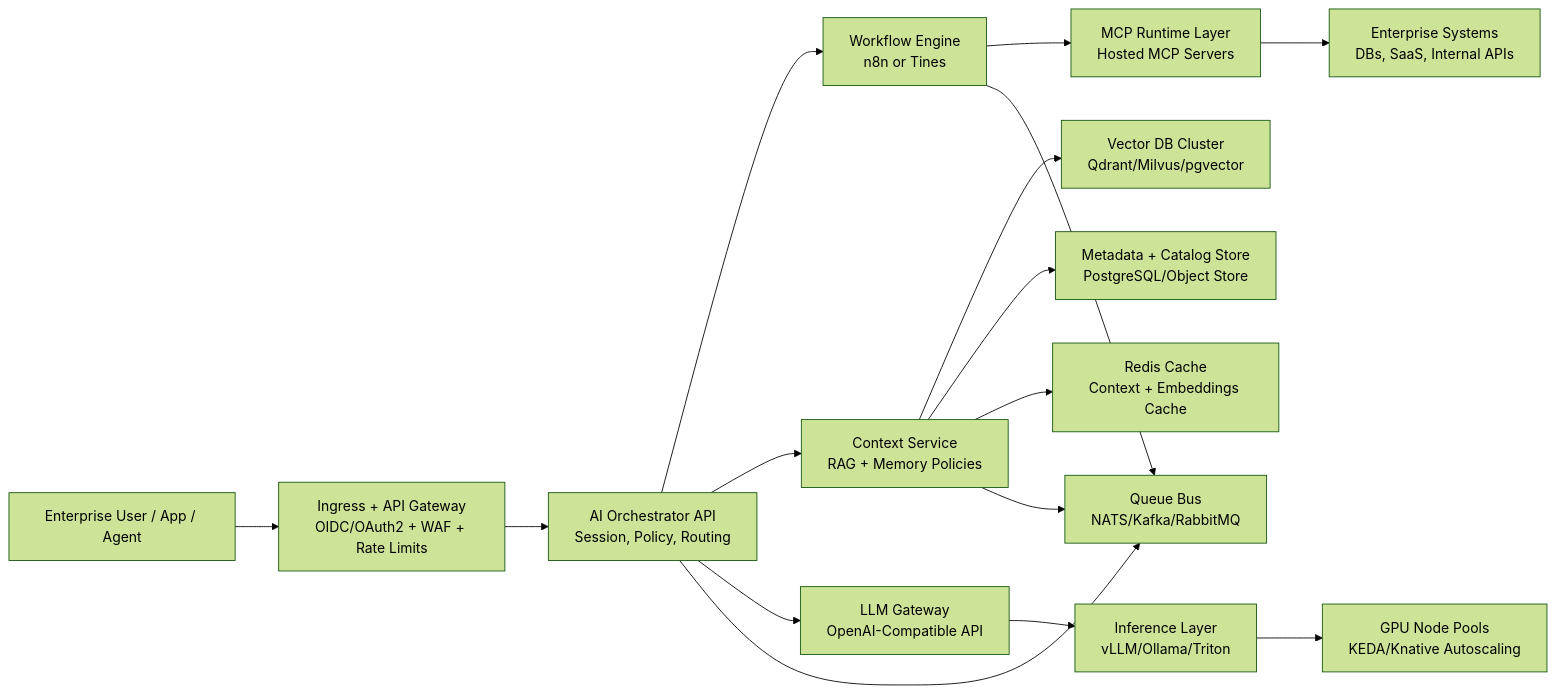
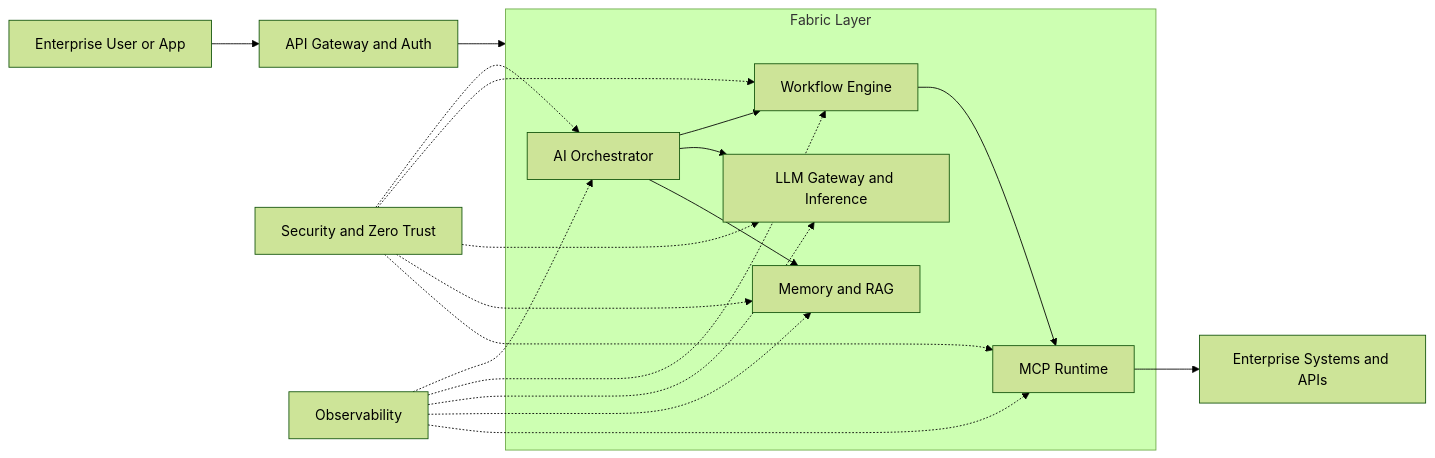
One commit to diaryfolio/aiops-fabric changed the diagram in docs/design/high-level/10-overall/02-runtime-topology-flow.md. Above: the diagram before and after it, drawn with Mermaid (forest theme). The commit also changed 10 other files, not shown here.

````diff
--- a/docs/design/high-level/10-overall/02-runtime-topology-flow.md
+++ b/docs/design/high-level/10-overall/02-runtime-topology-flow.md
@@ -5,23 +5,31 @@
 ```mermaid
 flowchart LR
-    U[Enterprise User / App / Agent] --> IGW[Ingress + API Gateway\nOIDC/OAuth2 + WAF + Rate Limits]
-    IGW --> ORCH[AI Orchestrator API\nSession, Policy, Routing]
+    U[Enterprise User or App] --> G[API Gateway and Auth]
+    G --> F
 
-    ORCH --> WF[Workflow Engine\nn8n or Tines]
-    ORCH --> MEM[Context Service\nRAG + Memory Policies]
-    ORCH --> LLMGW[LLM Gateway\nOpenAI-Compatible API]
+    subgraph F[Fabric Layer]
+        O[AI Orchestrator]
+        W[Workflow Engine]
+        L[LLM Gateway and Inference]
+        M[Memory and RAG]
+        X[MCP Runtime]
+    end
 
-    WF --> MCPRT[MCP Runtime Layer\nHosted MCP Servers]
-    MCPRT --> DS[Enterprise Systems\nDBs, SaaS, Internal APIs]
+    O --> W
+    O --> L
+    O --> M
+    W --> X
+    X --> E[Enterprise Systems and APIs]
 
-    MEM --> VDB[Vector DB Cluster\nQdrant/Milvus/pgvector]
-    MEM --> META[Metadata + Catalog Store\nPostgreSQL/Object Store]
-    MEM --> REDIS[Redis Cache\nContext + Embeddings Cache]
+    SEC[Security and Zero Trust] -.-> O
+    SEC -.-> W
+    SEC -.-> L
+    SEC -.-> M
+    SEC -.-> X
 
-    LLMGW --> INF[Inference Layer\nvLLM/Ollama/Triton]
-    INF --> GPU[GPU Node Pools\nKEDA/Knative Autoscaling]
-
-    ORCH --> MQ[Queue Bus\nNATS/Kafka/RabbitMQ]
-    WF --> MQ
-    MEM --> MQ
+    OBS[Observability] -.-> O
+    OBS -.-> W
+    OBS -.-> L
+    OBS -.-> M
+    OBS -.-> X
 ```
````
